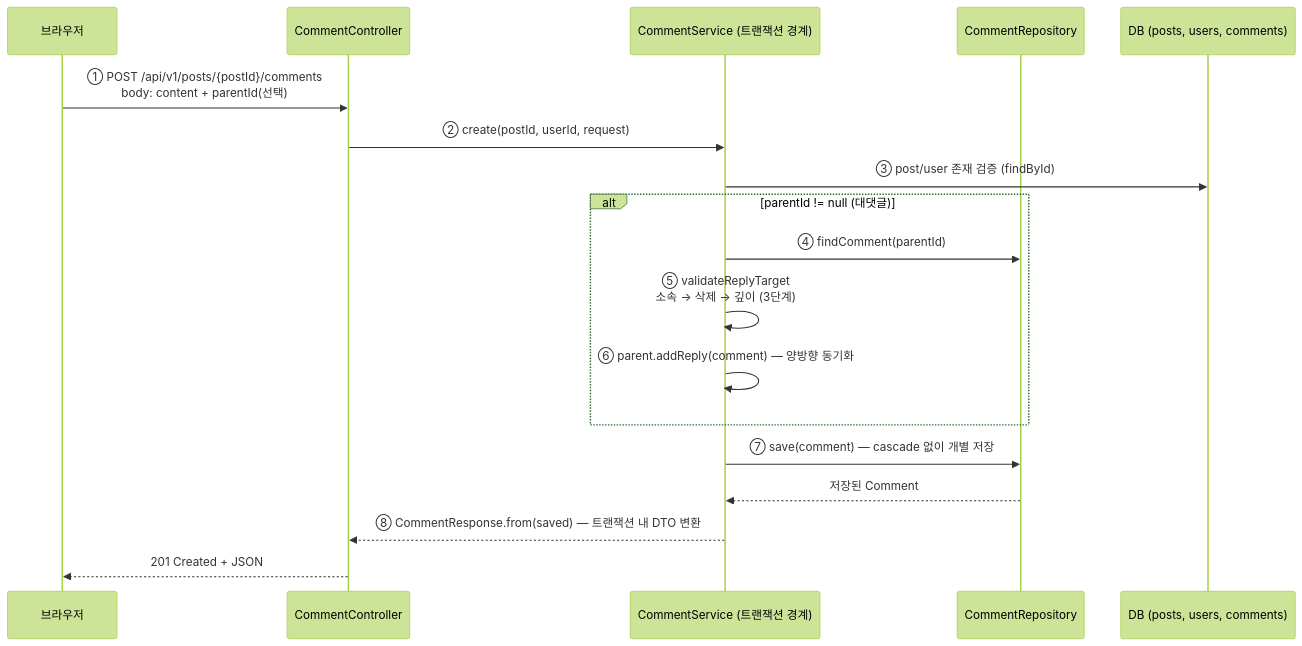
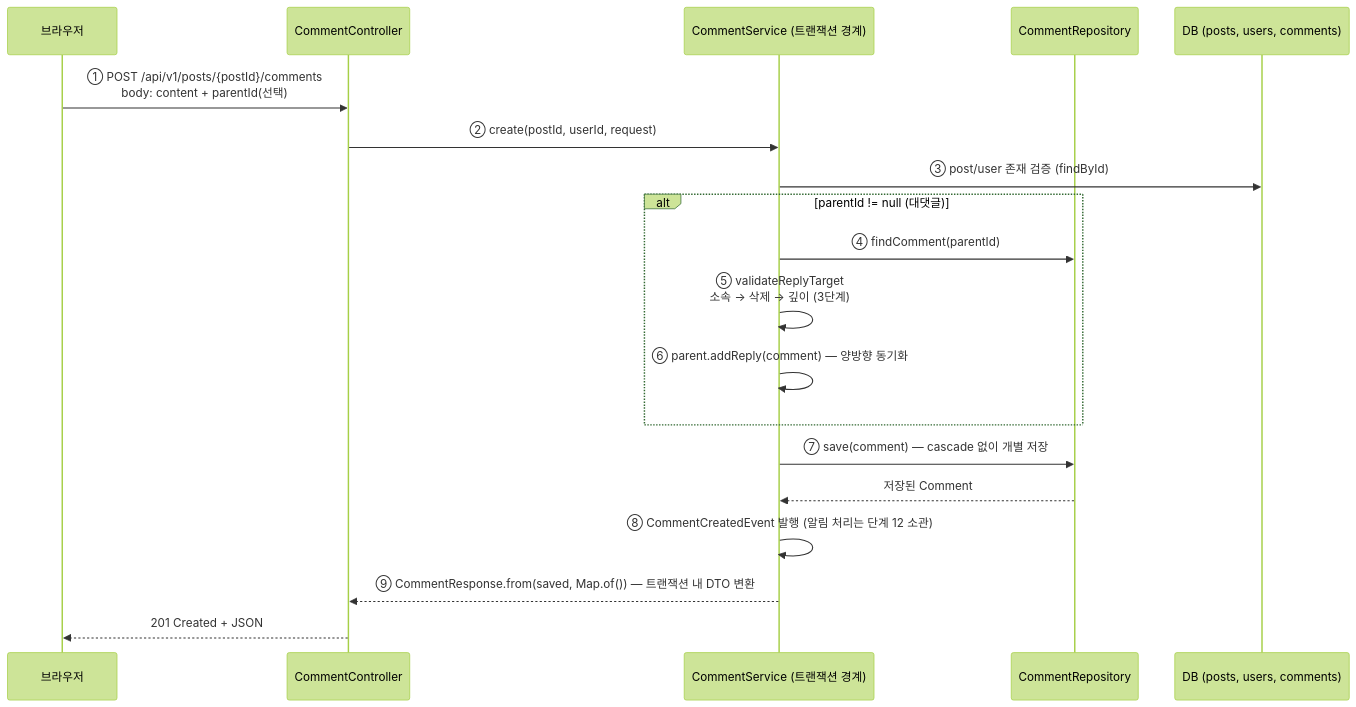
Before and after one commit to icesnake72/boards: the third of 3 diagrams in docs/lecture/COMMENT.md, drawn with Mermaid (forest theme). The commit also changed other lines of this file and 7 other files, not shown here.

````diff
--- a/docs/lecture/COMMENT.md
+++ b/docs/lecture/COMMENT.md
@@ -71,21 +71,22 @@
 ```mermaid
 sequenceDiagram
     participant B as 브라우저
     participant C as CommentController
     participant S as CommentService (트랜잭션 경계)
     participant R as CommentRepository
     participant D as DB (posts, users, comments)
 
     B->>C: ① POST /api/v1/posts/{postId}/comments<br/>body: content + parentId(선택)
     C->>S: ② create(postId, userId, request)
     S->>D: ③ post/user 존재 검증 (findById)
     alt parentId != null (대댓글)
       S->>R: ④ findComment(parentId)
       S->>S: ⑤ validateReplyTarget<br/>소속 → 삭제 → 깊이 (3단계)
       S->>S: ⑥ parent.addReply(comment) — 양방향 동기화
     end
     S->>R: ⑦ save(comment) — cascade 없이 개별 저장
     R-->>S: 저장된 Comment
-    S-->>C: ⑧ CommentResponse.from(saved) — 트랜잭션 내 DTO 변환
+    S->>S: ⑧ CommentCreatedEvent 발행 (알림 처리는 단계 12 소관)
+    S-->>C: ⑨ CommentResponse.from(saved, Map.of()) — 트랜잭션 내 DTO 변환
     C-->>B: 201 Created + JSON
 ```
````
